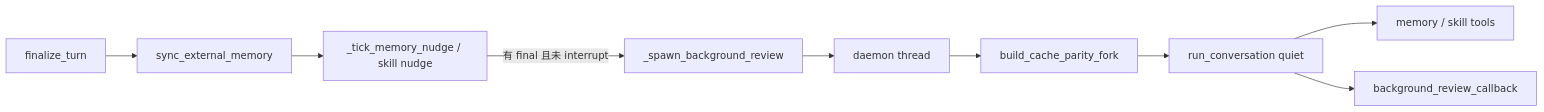
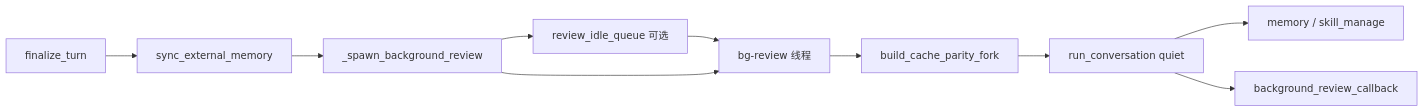
Before and after one commit to themass/agent-docs: diagram 11 of 11 in hermes/docs/volumes/08-security-and-governance.md, drawn with Mermaid. The commit also changed other lines of this file and 508 other files, not shown here.

````diff
--- a/hermes/docs/volumes/08-security-and-governance.md
+++ b/hermes/docs/volumes/08-security-and-governance.md
@@ -229,17 +783,18 @@
 ```mermaid
 flowchart LR
     FT[finalize_turn]
     SYNC[sync_external_memory]
-    NUDGE[_tick_memory_nudge / skill nudge]
     SP[_spawn_background_review]
-    TH[daemon thread]
+    Q[review_idle_queue 可选]
+    TH[bg-review 线程]
     FORK[build_cache_parity_fork]
     RC[run_conversation quiet]
-    MEM[memory / skill tools]
+    MEM[memory / skill_manage]
     CB[background_review_callback]
 
-    FT --> SYNC --> NUDGE
-    NUDGE -->|有 final 且未 interrupt| SP
-    SP --> TH --> FORK --> RC --> MEM
+    FT --> SYNC --> SP
+    SP --> Q --> TH
+    SP --> TH
+    TH --> FORK --> RC --> MEM
     RC --> CB
 ```
````
